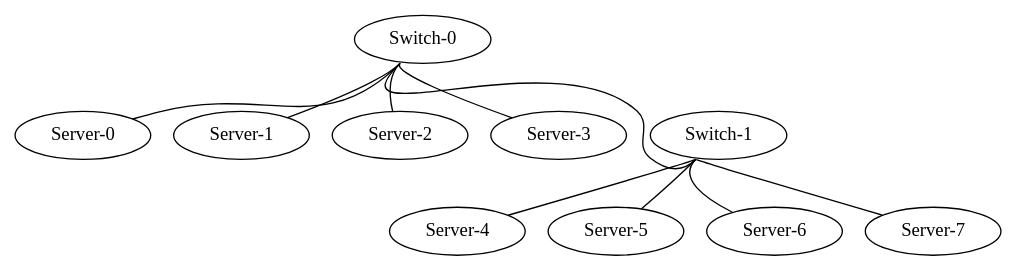
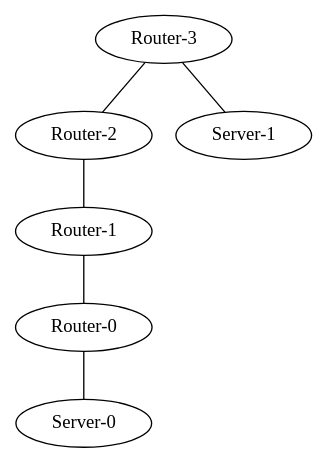
One commit to matferronato/TopologyGen changed the diagram in TopologyGen/TopologyInfo/topology.dot. Above: the diagram before and after it, drawn with Graphviz. The commit also changed 58 other files, not shown here.

```diff
--- a/TopologyGen/TopologyInfo/topology.dot
+++ b/TopologyGen/TopologyInfo/topology.dot
@@ -1,21 +1,13 @@
 graph vx {
+"Router-0" [function="leaf" vagrant="eth1" os="hashicorp/bionic64" version="1.0.282" memory="500" config="./helper_scripts/config_production_switch.sh" ]
+"Router-1" [function="leaf" vagrant="eth1" os="hashicorp/bionic64" version="1.0.282" memory="500" config="./helper_scripts/config_production_switch.sh" ]
+"Router-2" [function="leaf" vagrant="eth1" os="hashicorp/bionic64" version="1.0.282" memory="500" config="./helper_scripts/config_production_switch.sh" ]
+"Router-3" [function="leaf" vagrant="eth1" os="hashicorp/bionic64" version="1.0.282" memory="500" config="./helper_scripts/config_production_switch.sh" ]
 "Server-0" [function="leaf" vagrant="eth1" os="hashicorp/bionic64" version="1.0.282" memory="500" config="./helper_scripts/config_production_switch.sh" ]
 "Server-1" [function="leaf" vagrant="eth1" os="hashicorp/bionic64" version="1.0.282" memory="500" config="./helper_scripts/config_production_switch.sh" ]
-"Server-2" [function="leaf" vagrant="eth1" os="hashicorp/bionic64" version="1.0.282" memory="500" config="./helper_scripts/config_production_switch.sh" ]
-"Server-3" [function="leaf" vagrant="eth1" os="hashicorp/bionic64" version="1.0.282" memory="500" config="./helper_scripts/config_production_switch.sh" ]
-"Server-4" [function="leaf" vagrant="eth1" os="hashicorp/bionic64" version="1.0.282" memory="500" config="./helper_scripts/config_production_switch.sh" ]
-"Server-5" [function="leaf" vagrant="eth1" os="hashicorp/bionic64" version="1.0.282" memory="500" config="./helper_scripts/config_production_switch.sh" ]
-"Server-6" [function="leaf" vagrant="eth1" os="hashicorp/bionic64" version="1.0.282" memory="500" config="./helper_scripts/config_production_switch.sh" ]
-"Server-7" [function="leaf" vagrant="eth1" os="hashicorp/bionic64" version="1.0.282" memory="500" config="./helper_scripts/config_production_switch.sh" ]
-"Switch-0" [function="leaf" vagrant="eth1" os="hashicorp/bionic64" version="1.0.282" memory="500" config="./helper_scripts/config_production_switch.sh" ]
-"Switch-1" [function="leaf" vagrant="eth1" os="hashicorp/bionic64" version="1.0.282" memory="500" config="./helper_scripts/config_production_switch.sh" ]
-"Switch-1":"swp1" -- "Server-7":"eth50"
-"Switch-1":"swp2" -- "Server-6":"eth50"
-"Switch-1":"swp3" -- "Server-5":"eth50"
-"Switch-1":"swp4" -- "Server-4":"eth50"
-"Switch-0":"swp1" -- "Server-0":"eth50"
-"Switch-0":"swp2" -- "Server-1":"eth50"
-"Switch-0":"swp3" -- "Server-2":"eth50"
-"Switch-0":"swp4" -- "Server-3":"eth50"
-"Switch-0":"swp50" -- "Switch-1":"swp50"
+"Router-3":"eth1" -- "Server-1":"eth100"
+"Router-2":"eth100" -- "Router-1":"eth100"
+"Router-0":"eth1" -- "Server-0":"eth100"
+"Router-1":"eth101" -- "Router-0":"eth100"
+"Router-3":"eth100" -- "Router-2":"eth101"
 }
```
